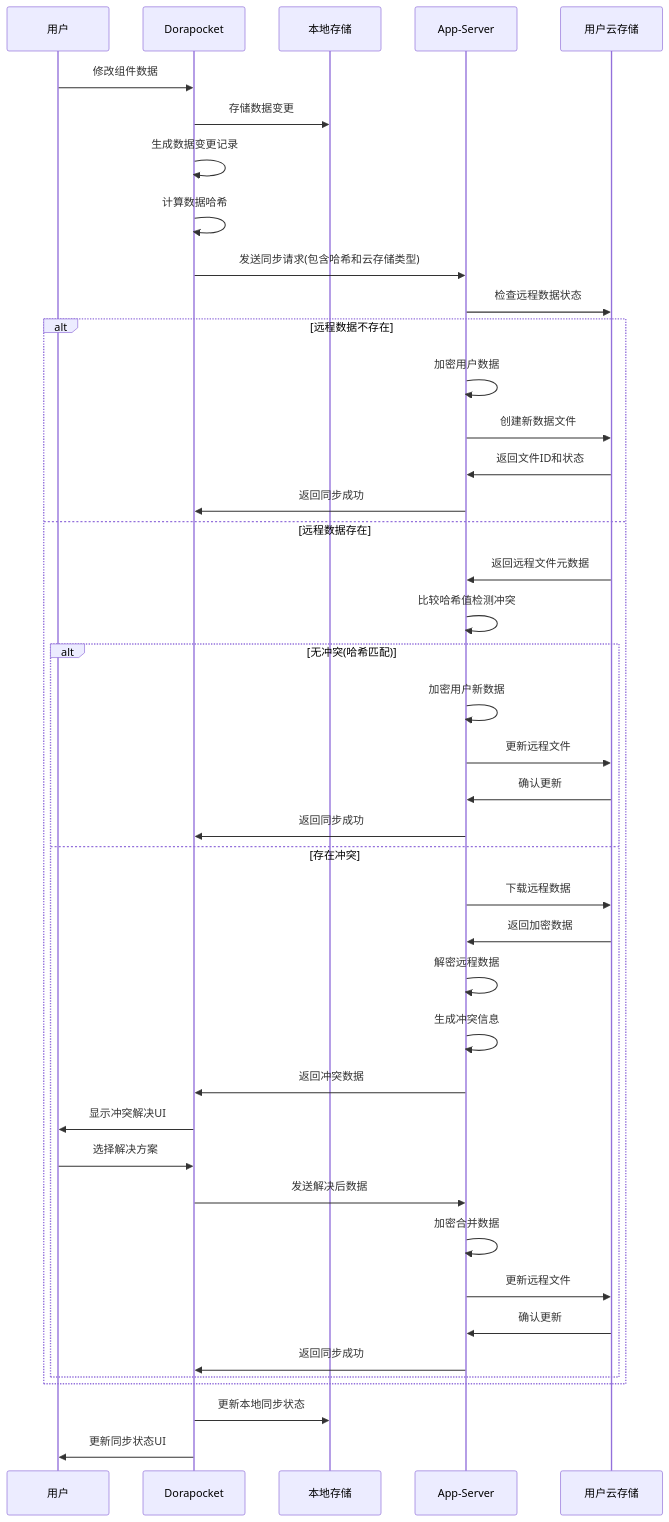
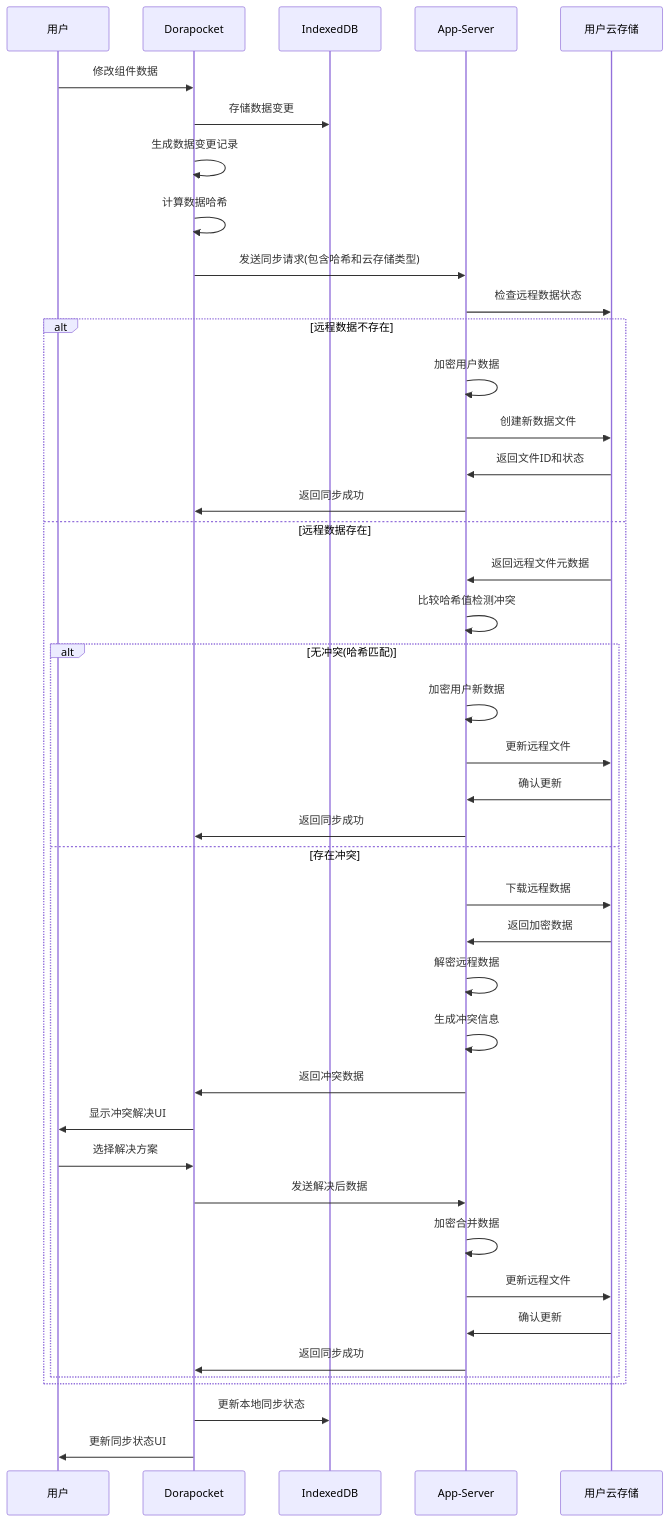
One commit to yingjianzh/iodraw-files changed the diagram in all/未命名-34.md. Above: the diagram before and after it, drawn with Mermaid.

Commit message:
2025-04-17 14:06:43 update

````diff
--- a/all/未命名-34.md
+++ b/all/未命名-34.md
@@ -1,49 +1,49 @@
 ```mermaid
 sequenceDiagram
     participant User as 用户
     participant Frontend as Dorapocket
-    participant LocalDB as 本地存储
+    participant LocalDB as IndexedDB
     participant AppServer as App-Server
     participant UserCloud as 用户云存储
     
     User->>Frontend: 修改组件数据
     Frontend->>LocalDB: 存储数据变更
     Frontend->>Frontend: 生成数据变更记录
     Frontend->>Frontend: 计算数据哈希
     Frontend->>AppServer: 发送同步请求(包含哈希和云存储类型)
     
     AppServer->>UserCloud: 检查远程数据状态
     
     alt 远程数据不存在
         AppServer->>AppServer: 加密用户数据
         AppServer->>UserCloud: 创建新数据文件
         UserCloud->>AppServer: 返回文件ID和状态
         AppServer->>Frontend: 返回同步成功
     else 远程数据存在
         UserCloud->>AppServer: 返回远程文件元数据
         AppServer->>AppServer: 比较哈希值检测冲突
         
         alt 无冲突(哈希匹配)
             AppServer->>AppServer: 加密用户新数据
             AppServer->>UserCloud: 更新远程文件
             UserCloud->>AppServer: 确认更新
             AppServer->>Frontend: 返回同步成功
         else 存在冲突
             AppServer->>UserCloud: 下载远程数据
             UserCloud->>AppServer: 返回加密数据
             AppServer->>AppServer: 解密远程数据
             AppServer->>AppServer: 生成冲突信息
             AppServer->>Frontend: 返回冲突数据
             Frontend->>User: 显示冲突解决UI
             User->>Frontend: 选择解决方案
             Frontend->>AppServer: 发送解决后数据
             AppServer->>AppServer: 加密合并数据
             AppServer->>UserCloud: 更新远程文件
             UserCloud->>AppServer: 确认更新
             AppServer->>Frontend: 返回同步成功
         end
     end
     
     Frontend->>LocalDB: 更新本地同步状态
     Frontend->>User: 更新同步状态UI
 ```
````
